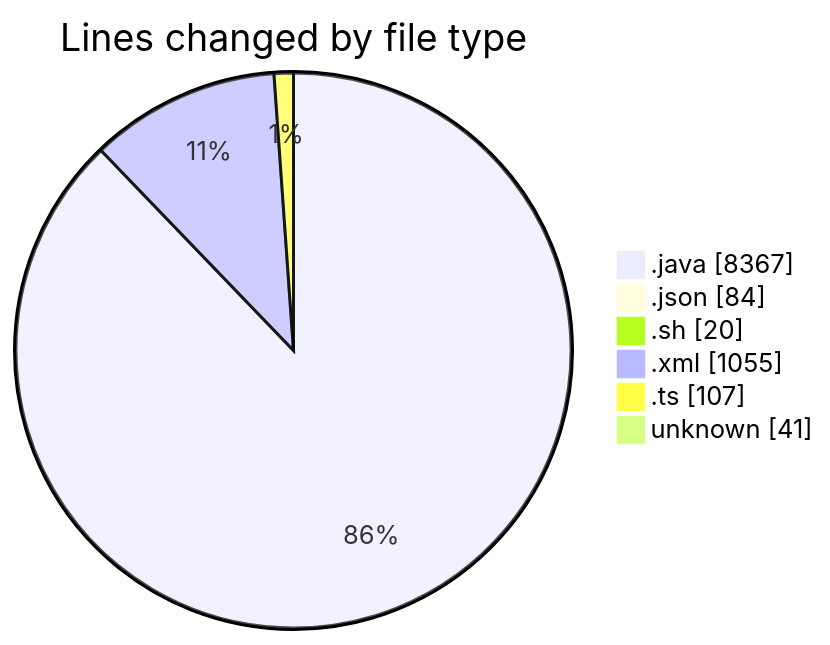
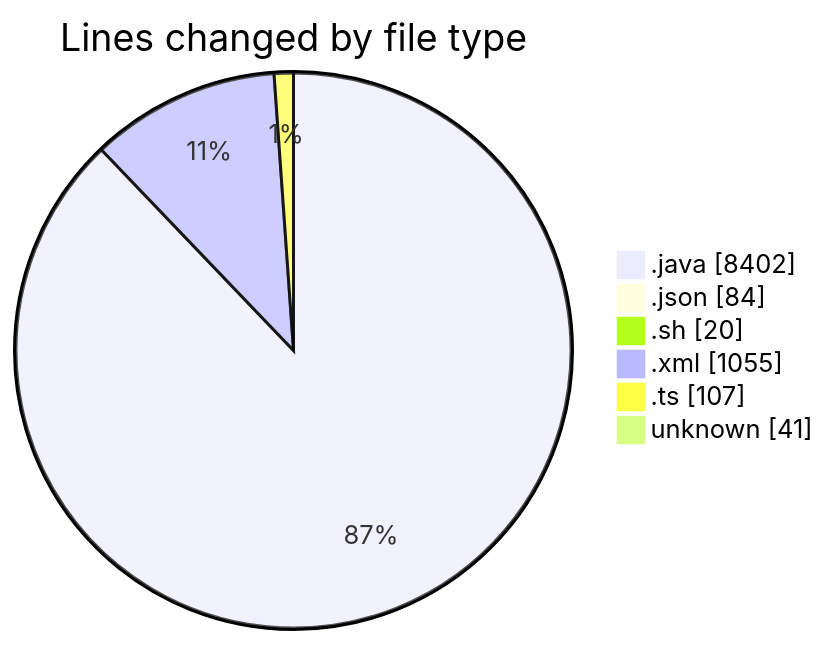
One commit to charlie-sans/code-tracking changed the first of 2 diagrams in 2025-02-23/micros/README.md. Above: the diagram before and after it, drawn with Mermaid. The commit also changed other lines of this file and 1 other file, not shown here.

````diff
--- a/2025-02-23/micros/README.md
+++ b/2025-02-23/micros/README.md
@@ -57,10 +57,10 @@
 ```mermaid
 pie showData
 title Lines changed by file type
-".java" : 8367
+".java" : 8402
 ".json" : 84
 ".sh" : 20
 ".xml" : 1055
 ".ts" : 107
 "unknown" : 41
 ```
````
